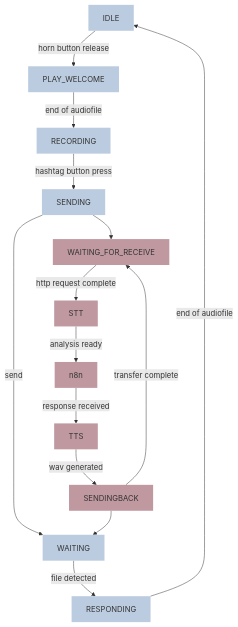
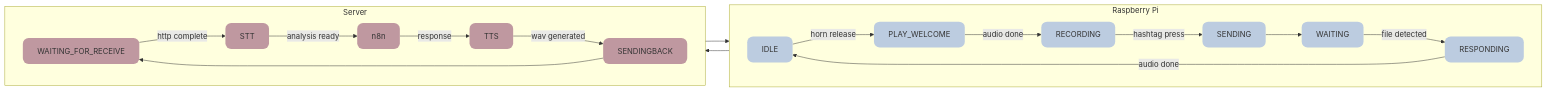
The diagram in README.md (basbaccarne/echoes-of-tomorrow), drawn with Mermaid before and after one commit.

Commit message:
feat: enhance state machine diagram for clarity and structure

````diff
--- a/README.md
+++ b/README.md
@@ -57,19 +57,27 @@
 ```mermaid
-graph TD;    
-    classDef pi fill:#BCCCE0, stroke-width:0px
-    classDef server fill:#BF98A0, stroke-width:0px
-    IDLE:::pi-->|horn button release| PLAY_WELCOME:::pi;
-    PLAY_WELCOME:::pi-->|end of audiofile|RECORDING:::pi;
-    RECORDING:::pi-->|hashtag button press|SENDING:::pi;
-    SENDING:::pi-->|send|WAITING:::pi;
-    SENDING:::pi-->WAITING_FOR_RECEIVE:::server;
-    WAITING:::pi-->|file detected|RESPONDING:::pi;
-    RESPONDING:::pi-->|end of audiofile|IDLE:::pi;
+graph LR
+    classDef pi fill:#BCCCE0,stroke-width:0px,rx:12,ry:12
+    classDef server fill:#BF98A0,stroke-width:0px,rx:12,ry:12
 
-    WAITING_FOR_RECEIVE:::server-->|http request complete| STT:::server;
-    STT:::server-->|analysis ready|n8n:::server;
-    n8n:::server-->|response received|TTS:::server;
-    TTS:::server-->|wav generated|SENDINGBACK:::server;
-    SENDINGBACK-->WAITING:::pi;
-    SENDINGBACK:::server-->|transfer complete|WAITING_FOR_RECEIVE:::server;
+    subgraph Raspberry Pi
+        direction LR
+        IDLE:::pi -->|horn release| PLAY_WELCOME:::pi
+        PLAY_WELCOME -->|audio done| RECORDING:::pi
+        RECORDING -->|hashtag press| SENDING:::pi
+        SENDING --> WAITING:::pi
+        WAITING -->|file detected| RESPONDING:::pi
+        RESPONDING -->|audio done| IDLE
+    end
+
+    subgraph Server
+        direction LR
+        WAITING_FOR_RECEIVE:::server -->|http complete| STT:::server
+        STT -->|analysis ready| n8n:::server
+        n8n -->|response| TTS:::server
+        TTS -->|wav generated| SENDINGBACK:::server
+        SENDINGBACK --> WAITING_FOR_RECEIVE
+    end
+
+    SENDING --> WAITING_FOR_RECEIVE
+    SENDINGBACK --> WAITING
 ```
````
